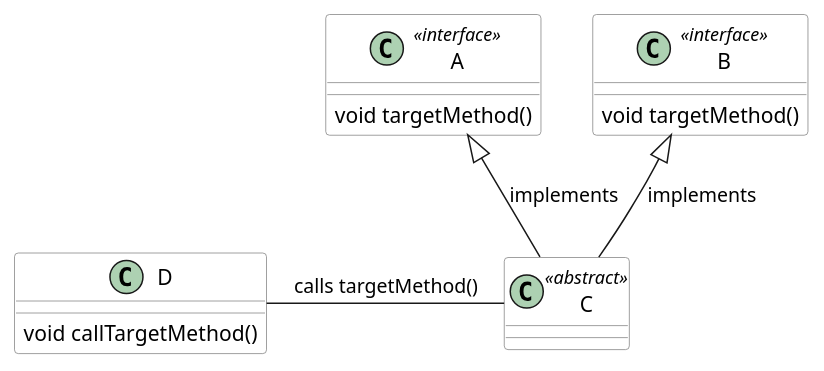
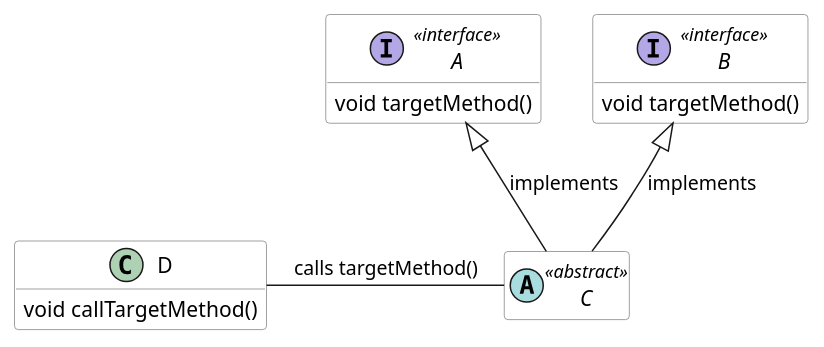
One commit to TNG/ArchUnit changed the fourth of 4 diagrams in docs/userguide/006_The_Core_API.adoc. Above: the diagram before and after it, drawn with PlantUML. The commit also changed other lines of this file and 2 other files, not shown here.

Commit message:
hide empty fields & methods of class diagrams

```diff
--- a/docs/userguide/006_The_Core_API.adoc
+++ b/docs/userguide/006_The_Core_API.adoc
@@ -293,30 +298,33 @@
 [plantuml, "diamond-example", svg, opts=interactive]
 ----
+@startuml
+hide empty members
 skinparam componentStyle uml2
 
 skinparam component {
   BorderColor #grey
   BackgroundColor #white
 }
 
 skinparam class {
   BorderColor #grey
   BackgroundColor #white
 }
 
-class A <<interface>> {
+interface A <<interface>> {
   void targetMethod()
 }
-class B <<interface>> {
+interface B <<interface>> {
   void targetMethod()
 }
-class C <<abstract>> {
+abstract class C <<abstract>> {
 }
 class D {
   void callTargetMethod()
 }
 
 A <|-- C : implements
 B <|-- C : implements
 D -right- C : calls targetMethod()
+@enduml
 ----
```
